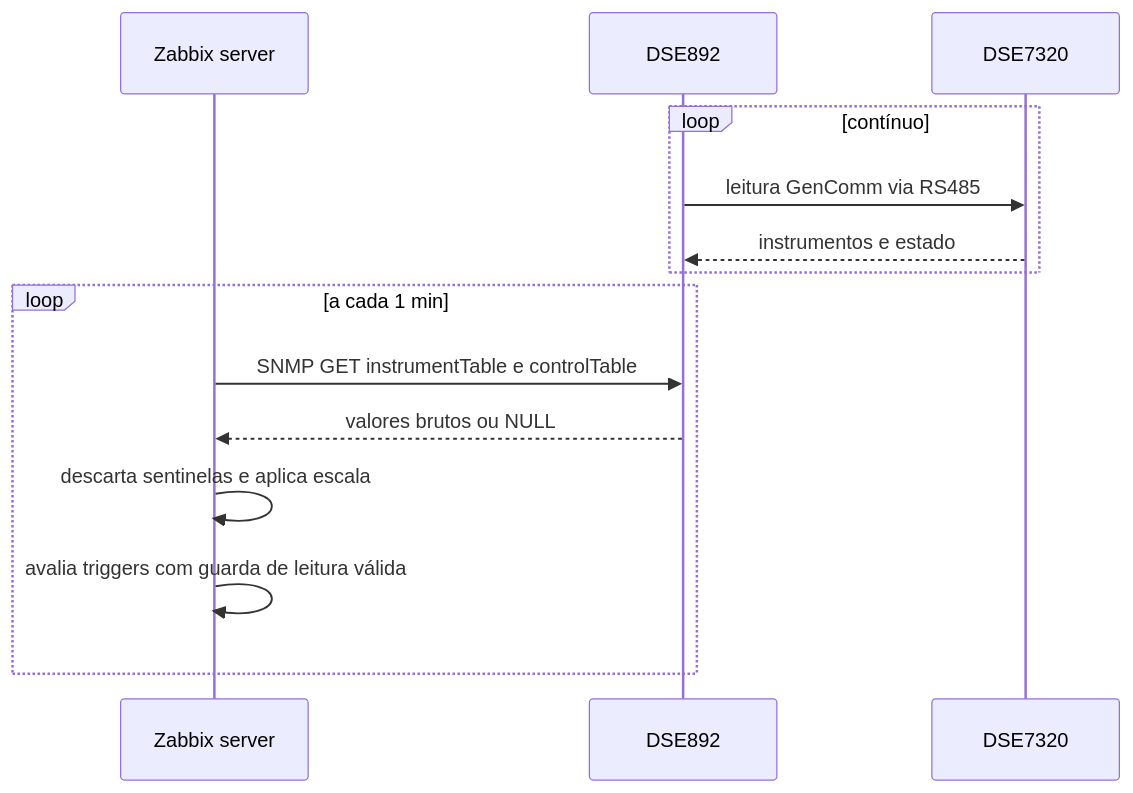
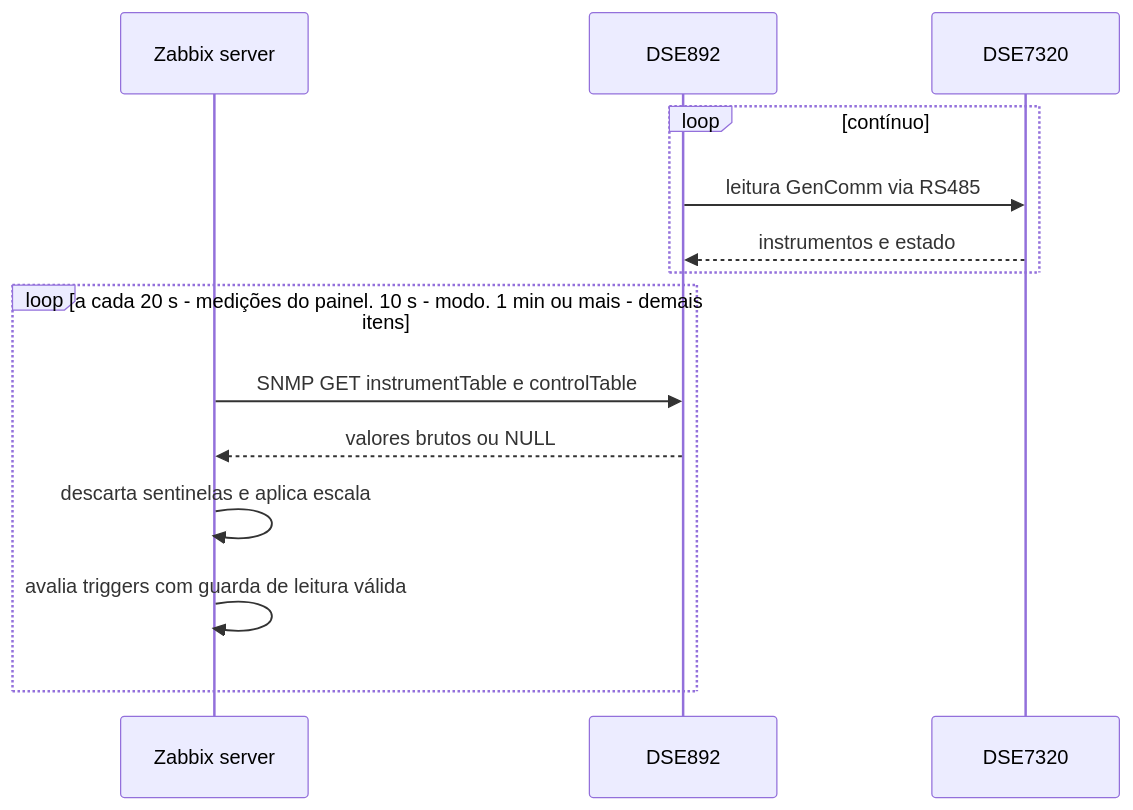
The second of 5 diagrams in docs/ARQUITETURA.md (marcelofmatos/zabbix-stemac-dse892), drawn with Mermaid before and after one commit. The commit also changed 7 other files, not shown here.

Commit message:
Painel e página móvel atualizam a cada 10 s; medições do painel coletadas a cada 20 s

````diff
--- a/docs/ARQUITETURA.md
+++ b/docs/ARQUITETURA.md
@@ -44,16 +44,16 @@
 ```mermaid
 sequenceDiagram
     participant Z as Zabbix server
     participant G as DSE892
     participant C as DSE7320
     loop contínuo
         G->>C: leitura GenComm via RS485
         C-->>G: instrumentos e estado
     end
-    loop a cada 1 min
+    loop a cada 20 s - medições do painel. 10 s - modo. 1 min ou mais - demais itens
         Z->>G: SNMP GET instrumentTable e controlTable
         G-->>Z: valores brutos ou NULL
         Z->>Z: descarta sentinelas e aplica escala
         Z->>Z: avalia triggers com guarda de leitura válida
     end
 ```
````
